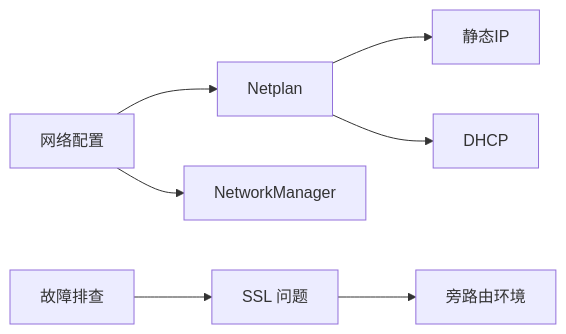
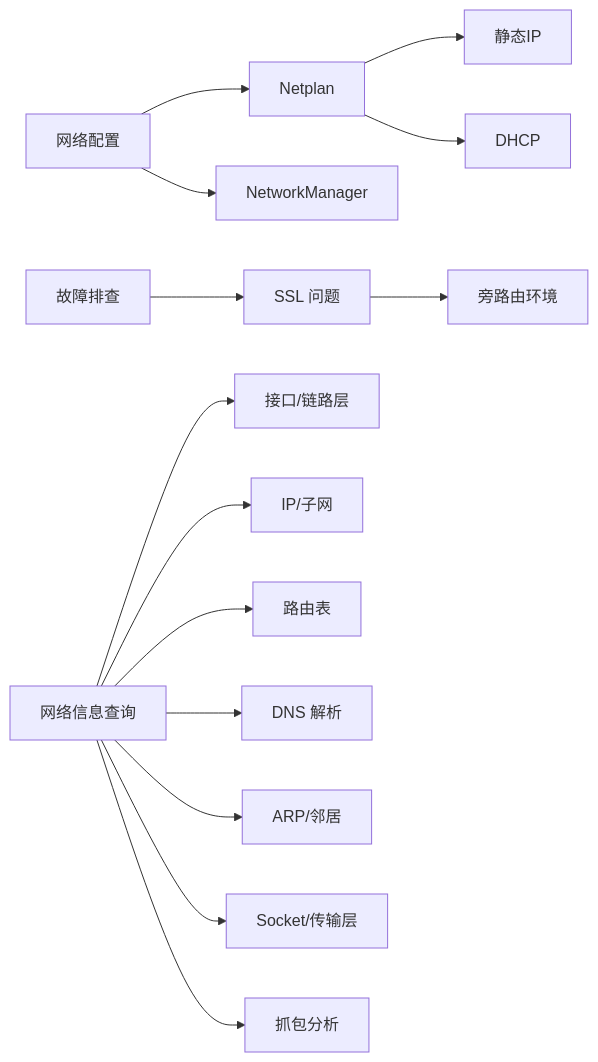
The third of 4 diagrams in linux/linux MOC.md (Treasoni/Study-Notes), drawn with Mermaid before and after one commit. The commit also changed other lines of this file and 15 other files, not shown here.

````diff
--- a/linux/linux MOC.md
+++ b/linux/linux MOC.md
@@ -152,9 +152,16 @@
 ```mermaid
 flowchart LR
     A[网络配置] --> B[Netplan]
     A --> C[NetworkManager]
     B --> D[静态IP]
     B --> E[DHCP]
     F[故障排查] --> G[SSL 问题]
     G --> H[旁路由环境]
+    I[网络信息查询] --> J[接口/链路层]
+    I --> K[IP/子网]
+    I --> L[路由表]
+    I --> M[DNS 解析]
+    I --> N[ARP/邻居]
+    I --> O[Socket/传输层]
+    I --> P[抓包分析]
 ```
````
